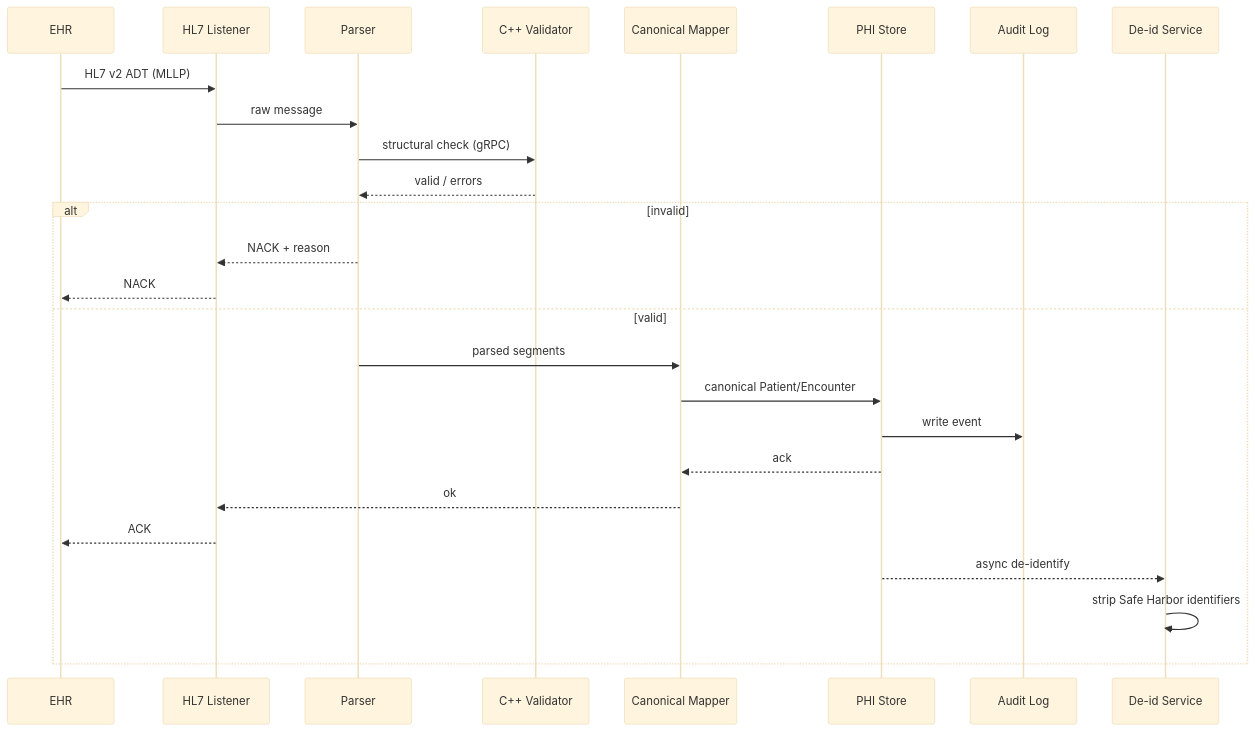
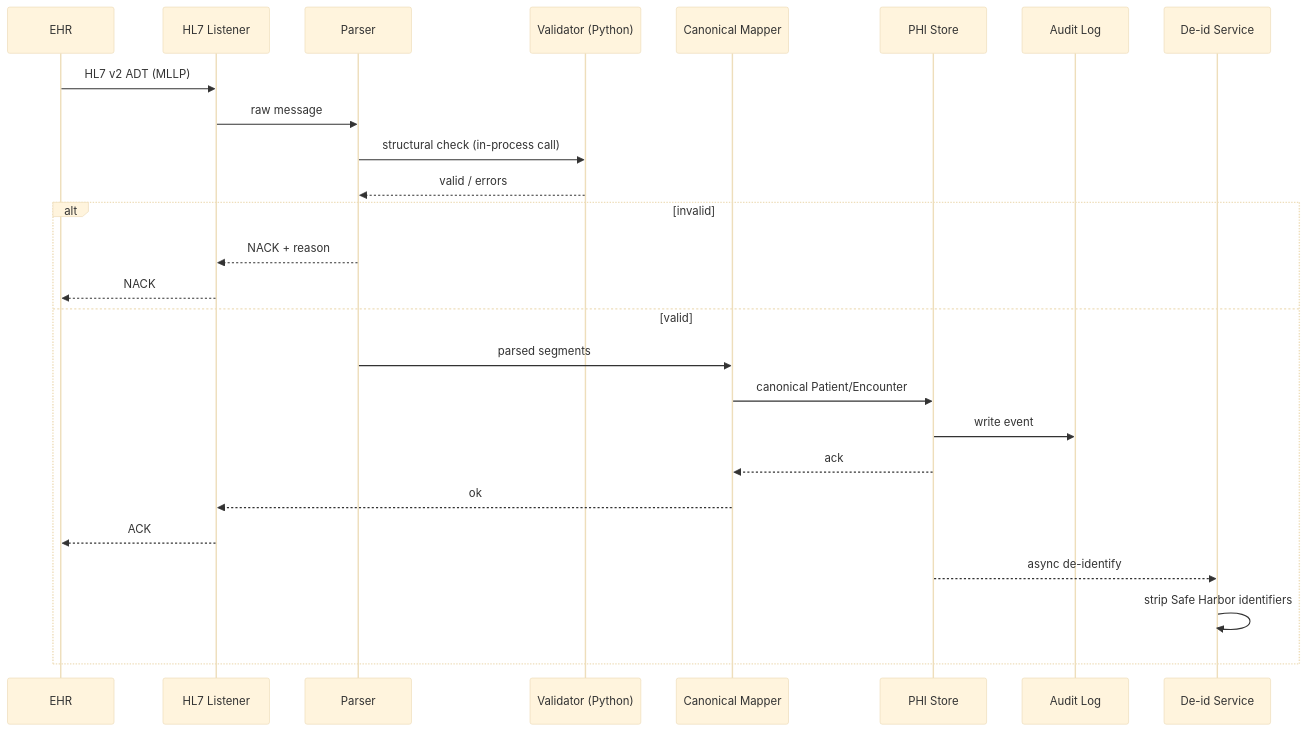
Before and after one commit to TechNaom/healthcare-interop-platform: the first of 2 diagrams in docs/DESIGN.md, drawn with Mermaid (base theme). The commit also changed other lines of this file and 5 other files, not shown here.

````diff
--- a/docs/DESIGN.md
+++ b/docs/DESIGN.md
@@ -45,29 +45,29 @@
 ```mermaid
 sequenceDiagram
     participant EHR
     participant Listener as HL7 Listener
     participant Parser
-    participant Validator as C++ Validator
+    participant Validator as Validator (Python)
     participant Mapper as Canonical Mapper
     participant PHI as PHI Store
     participant Audit as Audit Log
     participant DeID as De-id Service
 
     EHR->>Listener: HL7 v2 ADT (MLLP)
     Listener->>Parser: raw message
-    Parser->>Validator: structural check (gRPC)
+    Parser->>Validator: structural check (in-process call)
     Validator-->>Parser: valid / errors
     alt invalid
         Parser-->>Listener: NACK + reason
         Listener-->>EHR: NACK
     else valid
         Parser->>Mapper: parsed segments
         Mapper->>PHI: canonical Patient/Encounter
         PHI->>Audit: write event
         PHI-->>Mapper: ack
         Mapper-->>Listener: ok
         Listener-->>EHR: ACK
         PHI-->>DeID: async de-identify
         DeID->>DeID: strip Safe Harbor identifiers
     end
 ```
````
